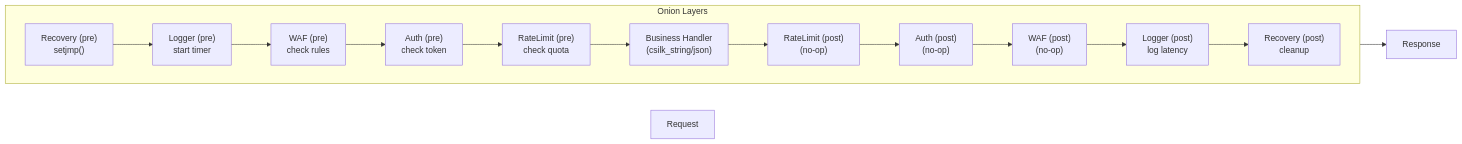
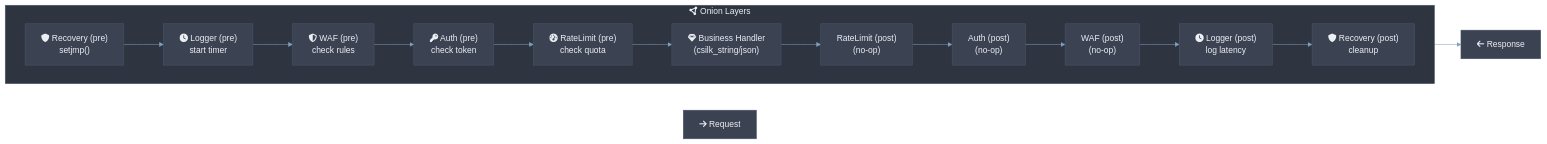
One commit to quintin-lee/csilk changed the third of 12 diagrams in docs/architecture.md. Above: the diagram before and after it, drawn with Mermaid. The commit also changed other lines of this file and 30 other files, not shown here.

Commit message:
docs(docs): 📝 apply Nord Mermaid theme, RFC 2119 keywords, and quantified metrics to all docs

````diff
--- a/docs/architecture.md
+++ b/docs/architecture.md
@@ -137,20 +180,42 @@
 ```mermaid
+%%{init: {
+  'theme': 'base',
+  'themeVariables': {
+    'background': '#2E3440',
+    'primaryColor': '#81A1C1',
+    'primaryBorderColor': '#4C566A',
+    'primaryTextColor': '#ECEFF4',
+    'secondaryColor': '#3B4252',
+    'secondaryBorderColor': '#434C5E',
+    'secondaryTextColor': '#D8DEE9',
+    'lineColor': '#81A1C1',
+    'textColor': '#ECEFF4',
+    'mainBkg': '#3B4252',
+    'nodeBorder': '#4C566A',
+    'clusterBkg': '#2E3440',
+    'clusterBorder': '#4C566A',
+    'titleColor': '#ECEFF4',
+    'edgeLabelBackground': '#3B4252',
+    'nodeTextColor': '#ECEFF4'
+  },
+  'flowchart': {'htmlLabels': true, 'curve': 'basis'}
+}}%%
 flowchart LR
-    REQ["Request"]
+    REQ["fa:fa-arrow-right Request"]
 
-    subgraph "Onion Layers"
+    subgraph onion["fa:fa-circle-nodes Onion Layers"]
         direction LR
-        L1i["Recovery (pre)<br/>setjmp()"] --> L2i["Logger (pre)<br/>start timer"]
-        L2i --> L3i["WAF (pre)<br/>check rules"]
-        L3i --> L4i["Auth (pre)<br/>check token"]
-        L4i --> L5i["RateLimit (pre)<br/>check quota"]
-        L5i --> CORE["Business Handler<br/>(csilk_string/json)"]
+        L1i["fa:fa-shield Recovery (pre)<br/>setjmp()"] --> L2i["fa:fa-clock Logger (pre)<br/>start timer"]
+        L2i --> L3i["fa:fa-shield-halved WAF (pre)<br/>check rules"]
+        L3i --> L4i["fa:fa-key Auth (pre)<br/>check token"]
+        L4i --> L5i["fa:fa-gauge-high RateLimit (pre)<br/>check quota"]
+        L5i --> CORE["fa:fa-gem Business Handler<br/>(csilk_string/json)"]
         CORE --> L5o["RateLimit (post)<br/>(no-op)"]
         L5o --> L4o["Auth (post)<br/>(no-op)"]
         L4o --> L3o["WAF (post)<br/>(no-op)"]
-        L3o --> L2o["Logger (post)<br/>log latency"]
-        L2o --> L1o["Recovery (post)<br/>cleanup"]
+        L3o --> L2o["fa:fa-clock Logger (post)<br/>log latency"]
+        L2o --> L1o["fa:fa-shield Recovery (post)<br/>cleanup"]
     end
 
-    L1o --> RES["Response"]
+    L1o --> RES["fa:fa-arrow-left Response"]
 ```
````
